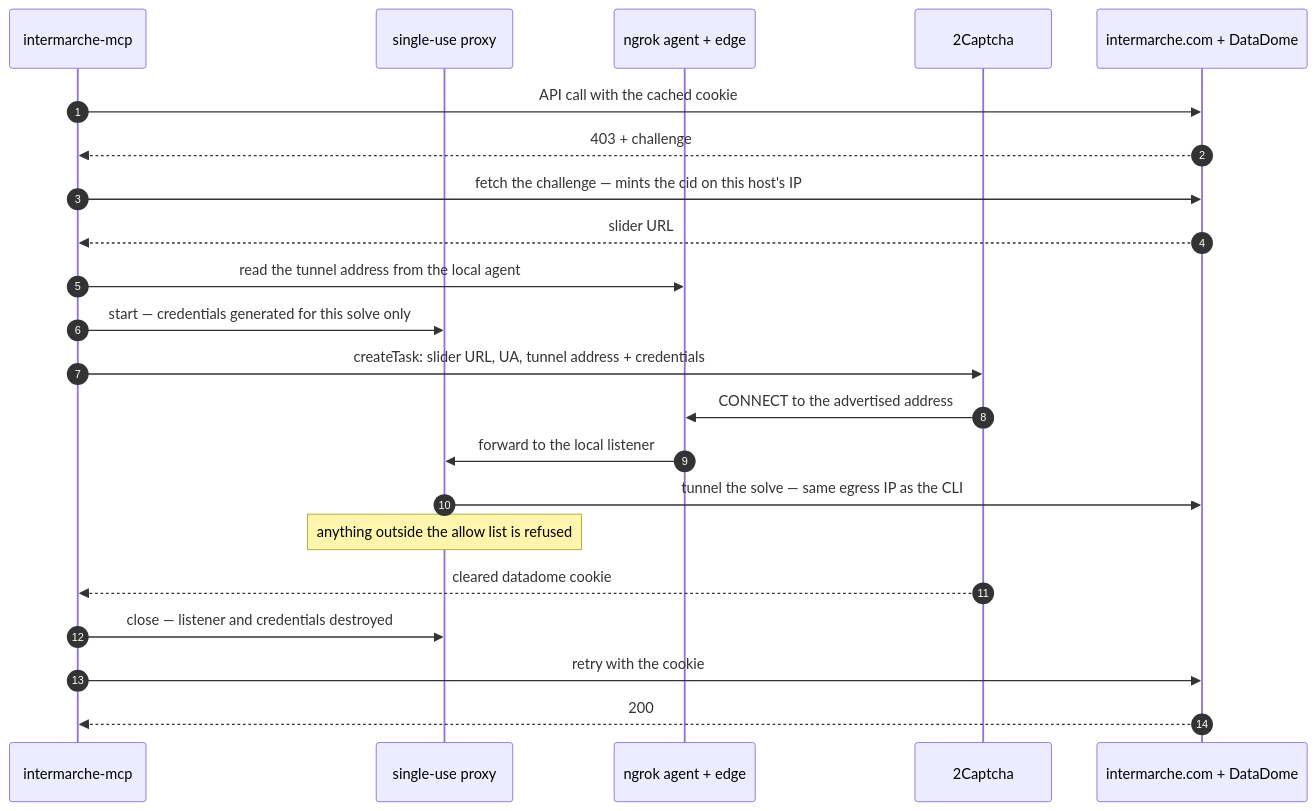
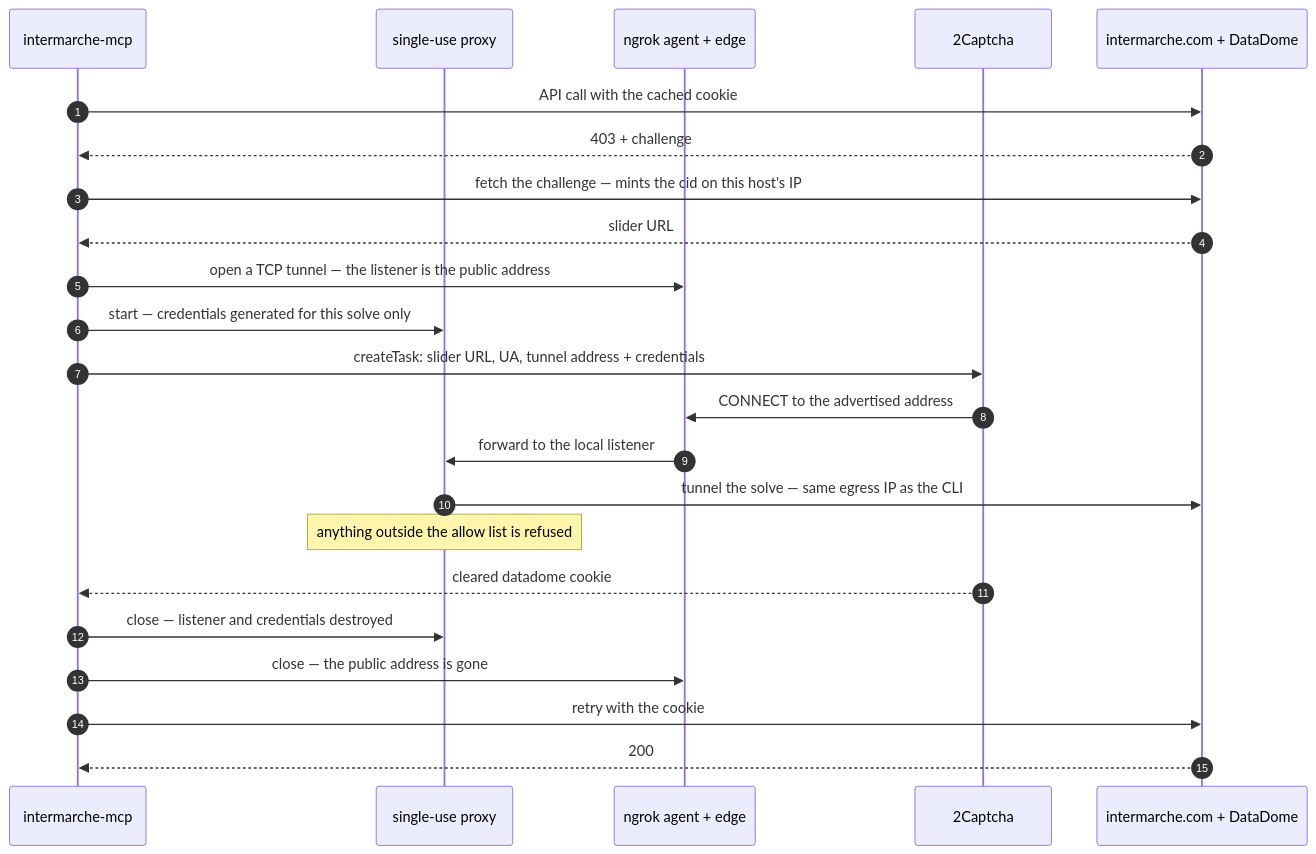
One commit to NicolasGuilloux/intermarche-mcp changed the diagram in README.md. Above: the diagram before and after it, drawn with Mermaid. The commit also changed other lines of this file and 13 other files, not shown here.

````diff
--- a/README.md
+++ b/README.md
@@ -194,28 +194,29 @@
 ```mermaid
 sequenceDiagram
     autonumber
     participant CLI as intermarche-mcp
     participant MP as single-use proxy
     participant NG as ngrok agent + edge
     participant TC as 2Captcha
     participant DD as intermarche.com + DataDome
 
     CLI->>DD: API call with the cached cookie
     DD-->>CLI: 403 + challenge
     CLI->>DD: fetch the challenge — mints the cid on this host's IP
     DD-->>CLI: slider URL
 
-    CLI->>NG: read the tunnel address from the local agent
+    CLI->>NG: open a TCP tunnel — the listener is the public address
     CLI->>MP: start — credentials generated for this solve only
     CLI->>TC: createTask: slider URL, UA, tunnel address + credentials
 
     TC->>NG: CONNECT to the advertised address
     NG->>MP: forward to the local listener
     MP->>DD: tunnel the solve — same egress IP as the CLI
     Note over MP: anything outside the allow list is refused
     TC-->>CLI: cleared datadome cookie
 
     CLI->>MP: close — listener and credentials destroyed
+    CLI->>NG: close — the public address is gone
     CLI->>DD: retry with the cookie
     DD-->>CLI: 200
 ```
````
